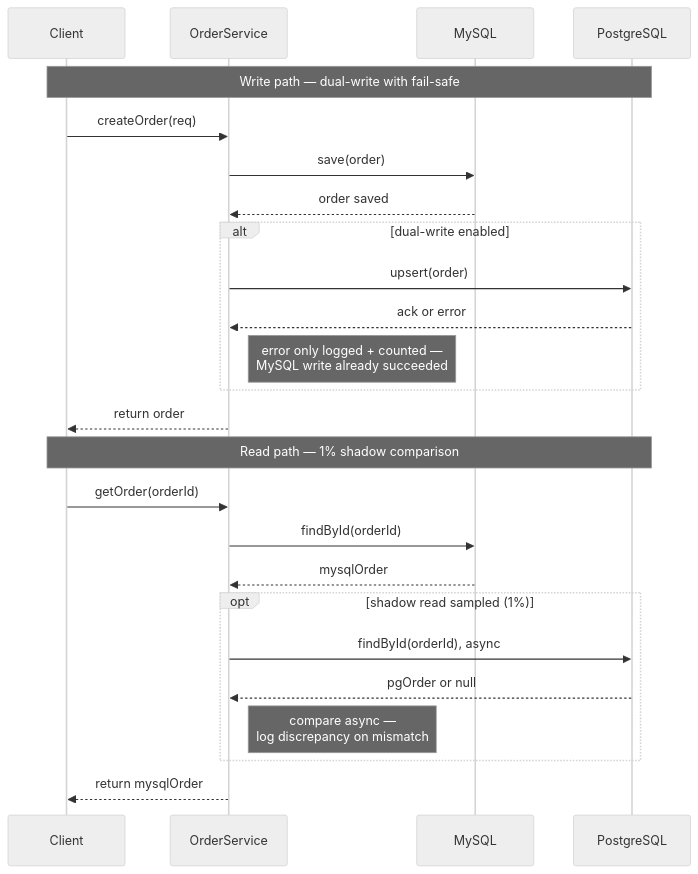
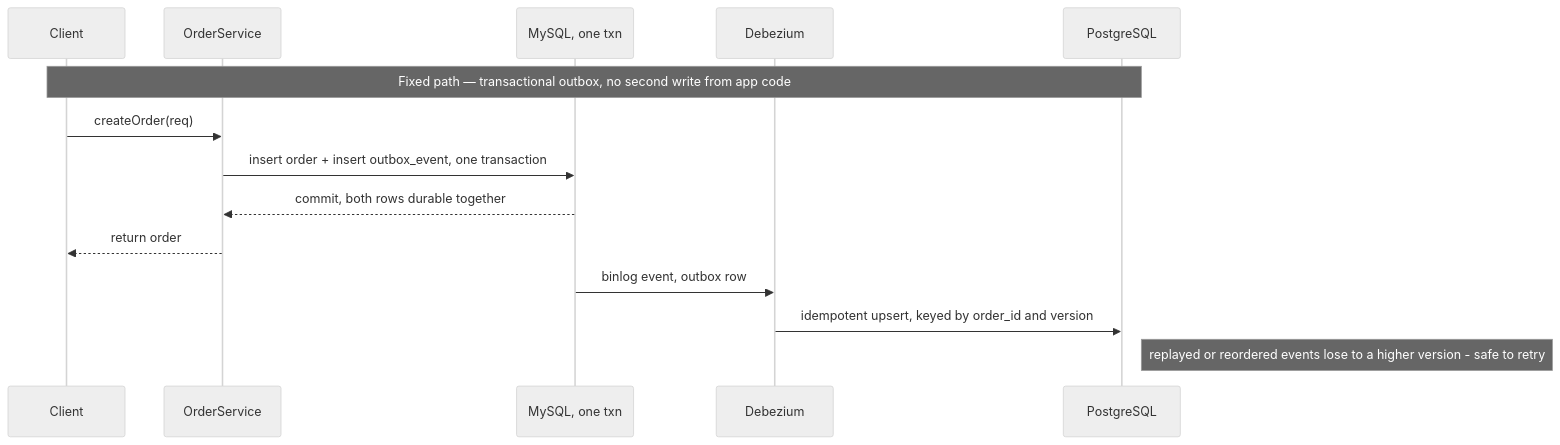
Before and after one commit to rppol/system-design: the third of 4 diagrams in src/main/java/com/rutik/systemdesign/database/case_studies/design_monolith_to_polyglot_migration/design_monolith_to_polyglot_migration.md, drawn with Mermaid (neutral theme). The commit also changed other lines of this file and 466 other files, not shown here.

````diff
--- a/src/main/java/com/rutik/systemdesign/database/case_studies/design_monolith_to_polyglot_migration/design_monolith_to_polyglot_migration.md
+++ b/src/main/java/com/rutik/systemdesign/database/case_studies/design_monolith_to_polyglot_migration/design_monolith_to_polyglot_migration.md
@@ -275,29 +518,17 @@
 ```mermaid
 sequenceDiagram
     participant C as Client
     participant OS as OrderService
-    participant MY as MySQL
+    participant MY as MySQL, one txn
+    participant DBZ as Debezium
     participant PG as PostgreSQL
 
-    Note over C,PG: Write path — dual-write with fail-safe
+    Note over C,PG: Fixed path — transactional outbox, no second write from app code
     C->>OS: createOrder(req)
-    OS->>MY: save(order)
-    MY-->>OS: order saved
-    alt dual-write enabled
-        OS->>PG: upsert(order)
-        PG-->>OS: ack or error
-        Note right of OS: error only logged + counted —<br/>MySQL write already succeeded
-    end
+    OS->>MY: insert order + insert outbox_event, one transaction
+    MY-->>OS: commit, both rows durable together
     OS-->>C: return order
-
-    Note over C,PG: Read path — 1% shadow comparison
-    C->>OS: getOrder(orderId)
-    OS->>MY: findById(orderId)
-    MY-->>OS: mysqlOrder
-    opt shadow read sampled (1%)
-        OS->>PG: findById(orderId), async
-        PG-->>OS: pgOrder or null
-        Note right of OS: compare async —<br/>log discrepancy on mismatch
-    end
-    OS-->>C: return mysqlOrder
+    MY->>DBZ: binlog event, outbox row
+    DBZ->>PG: idempotent upsert, keyed by order_id and version
+    Note right of PG: replayed or reordered events lose to a higher version - safe to retry
 ```
````
